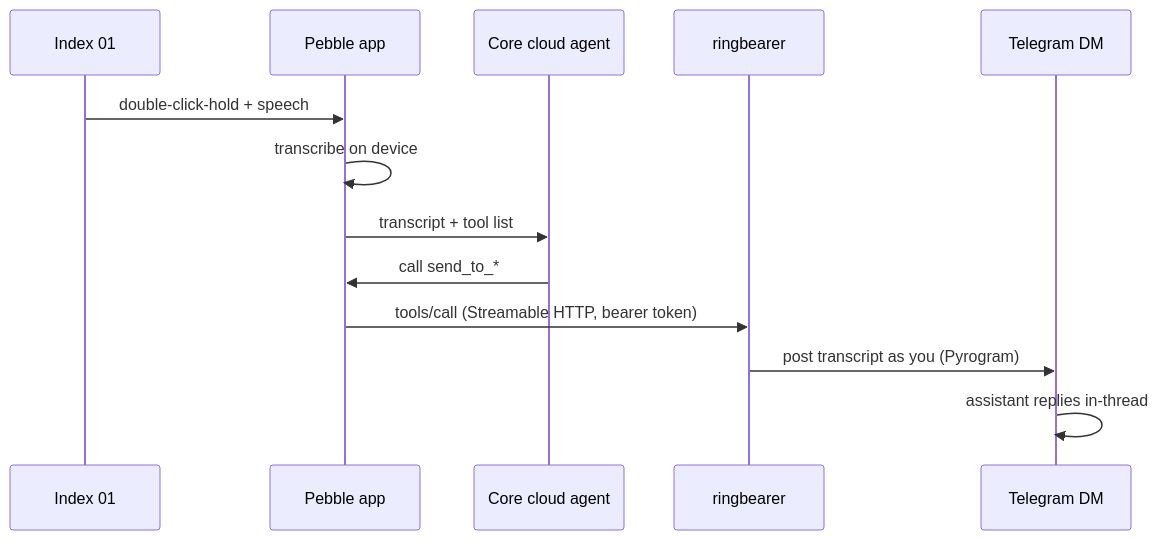
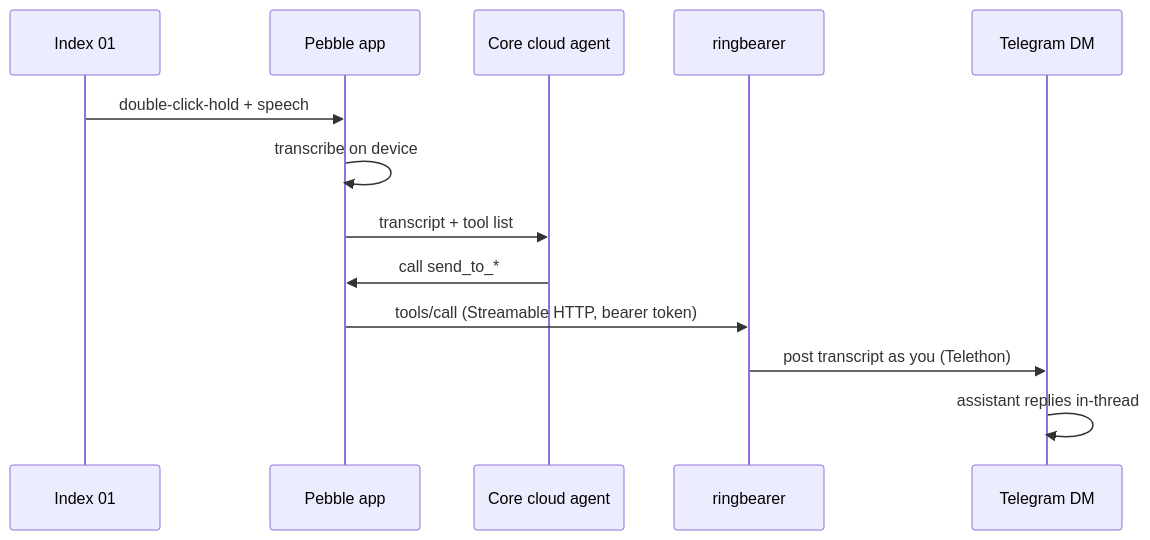
Before and after one commit to MDB4241/ringbearer: the diagram in README.md, drawn with Mermaid. The commit also changed other lines of this file and 2 other files, not shown here.

First line of the commit message:
Migrate Telegram layer from archived Pyrogram to Telethon 1.44

````diff
--- a/README.md
+++ b/README.md
@@ -23,16 +23,16 @@
 ```mermaid
 sequenceDiagram
     participant Ring as Index 01
     participant Phone as Pebble app
     participant Cloud as Core cloud agent
     participant RB as ringbearer
     participant TG as Telegram DM
 
     Ring->>Phone: double-click-hold + speech
     Phone->>Phone: transcribe on device
     Phone->>Cloud: transcript + tool list
     Cloud->>Phone: call send_to_*
     Phone->>RB: tools/call (Streamable HTTP, bearer token)
-    RB->>TG: post transcript as you (Pyrogram)
+    RB->>TG: post transcript as you (Telethon)
     TG->>TG: assistant replies in-thread
 ```
````
